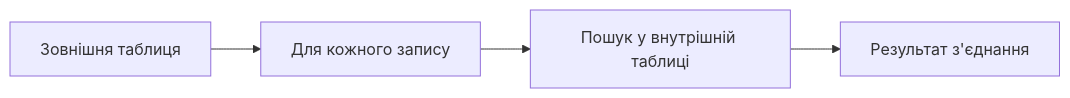
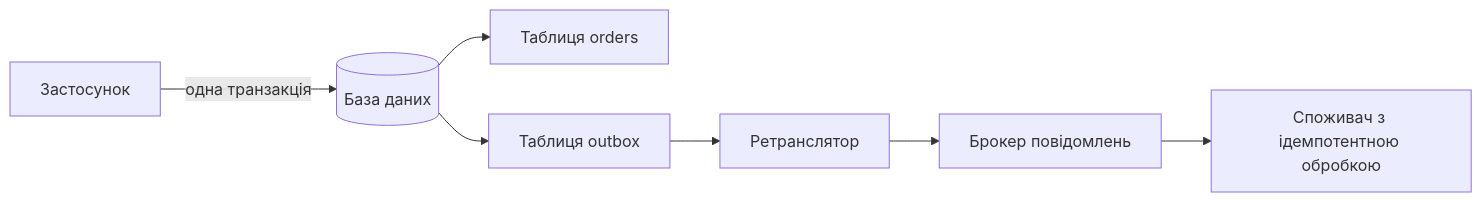
Before and after one commit to olroi421/course-bd: the ninth of 9 diagrams in lectures/lecture-08.md, drawn with Mermaid. The commit also changed other lines of this file and 10 other files, not shown here.

````diff
--- a/lectures/lecture-08.md
+++ b/lectures/lecture-08.md
@@ -195,6 +1840,9 @@
 ```mermaid
 graph LR
-    A[Зовнішня таблиця] --> B[Для кожного запису]
-    B --> C[Пошук у внутрішній таблиці]
-    C --> D[Результат з'єднання]
+    A[Застосунок] -->|"одна транзакція"| B[(База даних)]
+    B --> C[Таблиця orders]
+    B --> D[Таблиця outbox]
+    D --> E[Ретранслятор]
+    E --> F[Брокер повідомлень]
+    F --> G["Споживач з ідемпотентною обробкою"]
 ```
````
